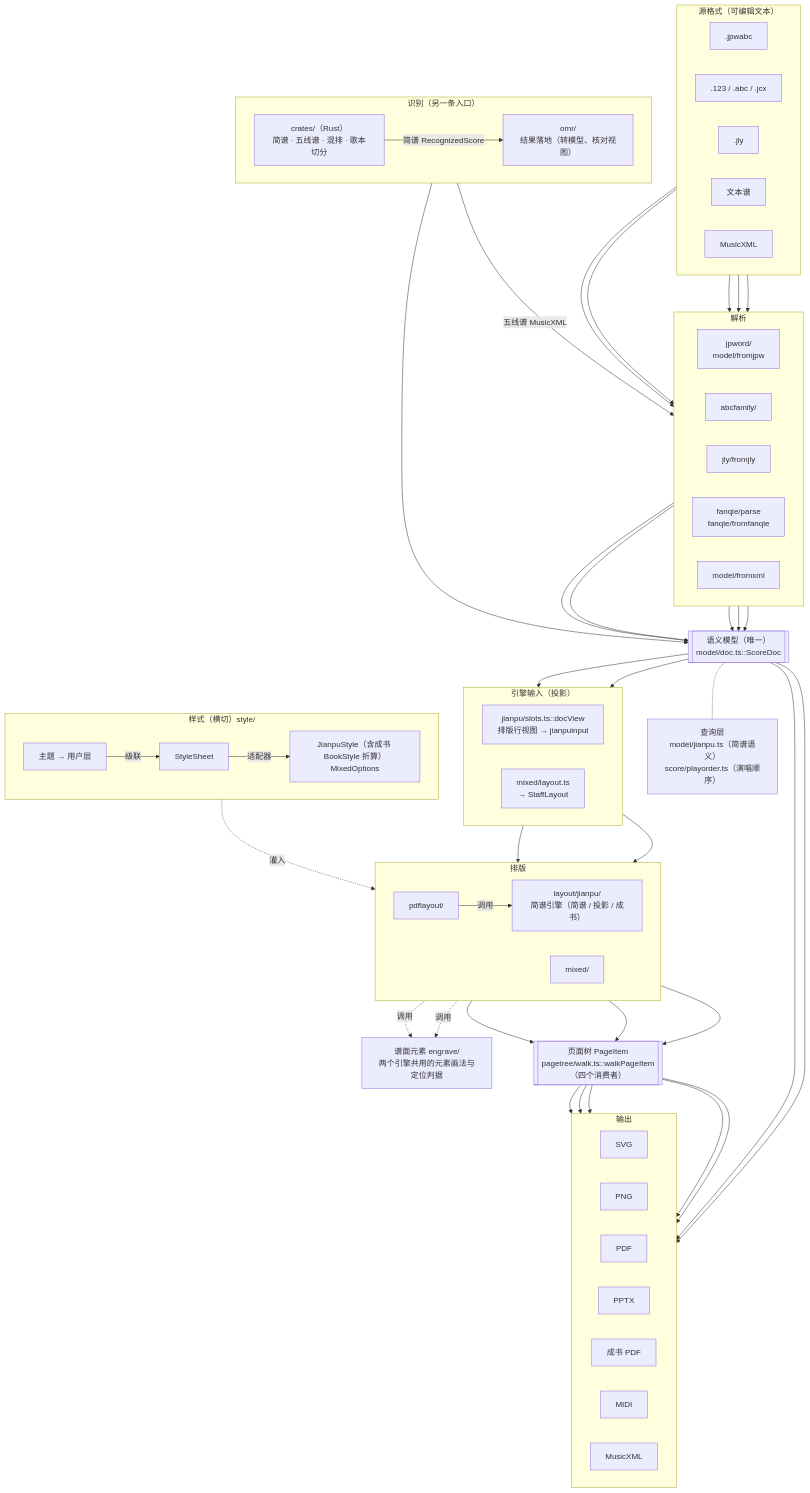
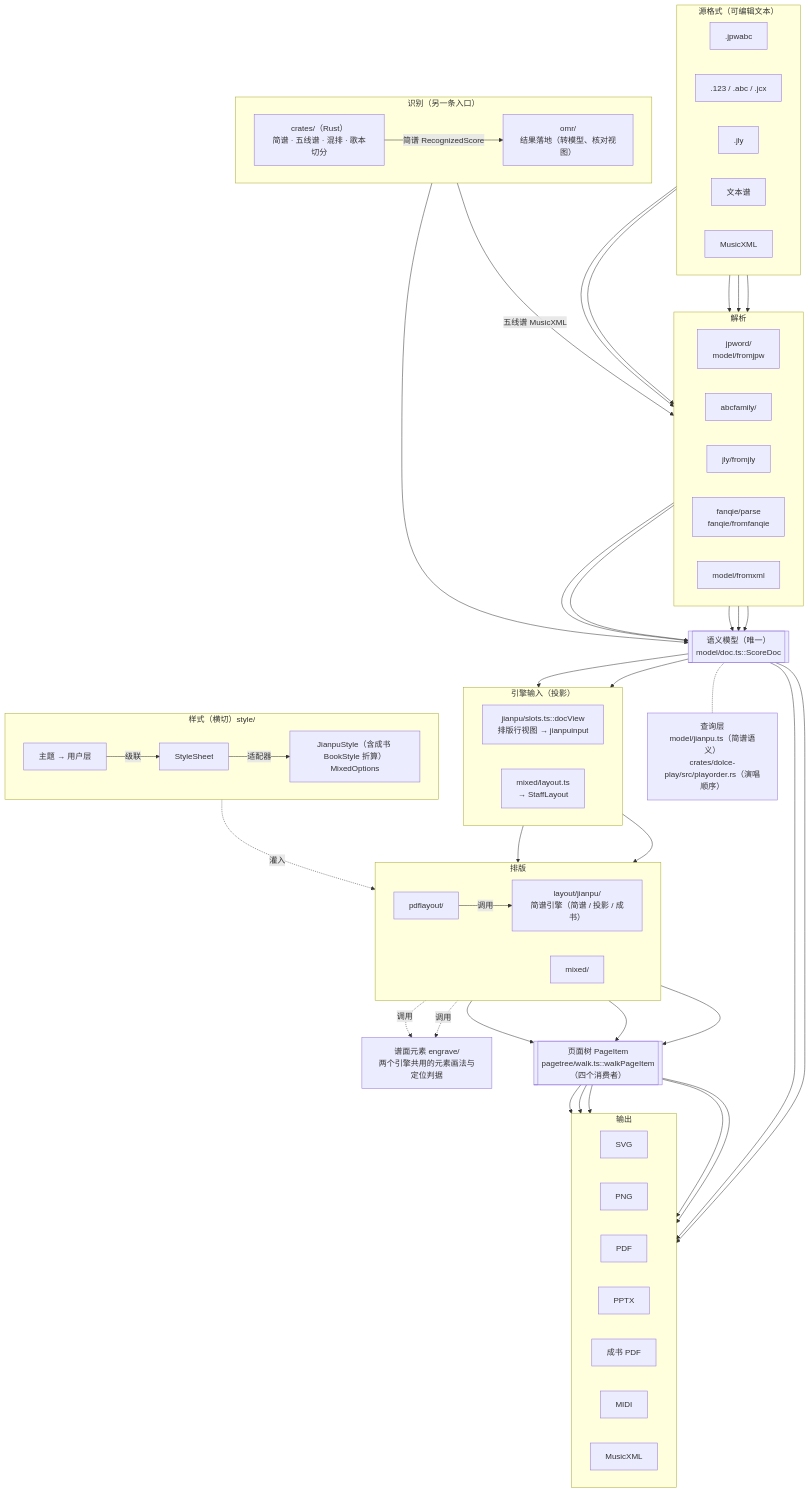
The diagram in docs/架构.md (lodebar2026/dolce), drawn with Mermaid before and after one commit. The commit also changed other lines of this file and 81 other files, not shown here.

Commit message:
迁 Rust M1：演唱顺序、断句、时间轴、MIDI 移进 crates/dolce-play，.jcx 编解码移进 dolce-formats，经 dolce-wasm 同步调；TS 只留门面 score/play.ts、common/jcx.ts 与胶水形状 score/playtypes.ts，删 score/{playorder,phrase,timeline,midi}.ts、common/jcxcodec.ts；网页开机载 wasm、Node 入口由 cli/dolcewasm.node.ts 载；桌面构建、识谱分发包、CI 补 dolce-wasm

```diff
--- a/docs/架构.md
+++ b/docs/架构.md
@@ -75,7 +75,7 @@
   end
 
   doc[["语义模型（唯一）<br/>model/doc.ts::ScoreDoc"]]
-  query["查询层<br/>model/jianpu.ts（简谱语义）<br/>score/playorder.ts（演唱顺序）"]
+  query["查询层<br/>model/jianpu.ts（简谱语义）<br/>crates/dolce-play/src/playorder.rs（演唱顺序）"]
 
   subgraph PROJ["引擎输入（投影）"]
     direction LR
```
